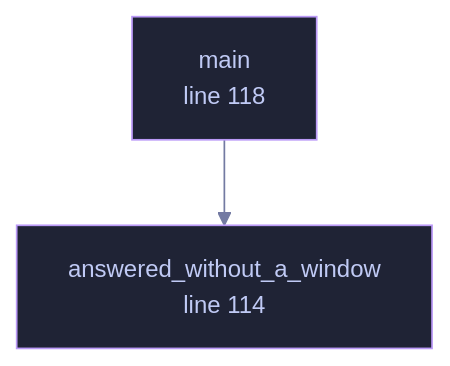
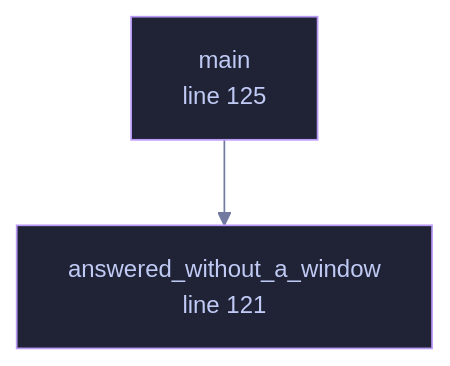
The diagram in wiki/File-veilvoice-gui-main.md (tilas01/veilvoice), drawn with Mermaid before and after one commit. The commit also changed other lines of this file and 36 other files, not shown here.

````diff
--- a/wiki/File-veilvoice-gui-main.md
+++ b/wiki/File-veilvoice-gui-main.md
@@ -74,13 +74,13 @@
 ```mermaid
 %%{init: {"theme":"base","themeVariables":{"background":"#1a1b26","primaryColor":"#1f2335","primaryTextColor":"#c0caf5","primaryBorderColor":"#7aa2f7","secondaryColor":"#16161e","tertiaryColor":"#16161e","lineColor":"#737aa2","textColor":"#c0caf5","mainBkg":"#1f2335","nodeBorder":"#7aa2f7","clusterBkg":"#16161e","clusterBorder":"#2f3549","fontFamily":"ui-monospace, SFMono-Regular, Consolas, monospace","fontSize":"14px"}}}%%
 flowchart TD
-    n_answered_without_a_window["answered_without_a_window<br/>line 99"]
-    n_answered_without_a_window["answered_without_a_window<br/>line 114"]
-    n_main["main<br/>line 118"]
+    n_answered_without_a_window["answered_without_a_window<br/>line 106"]
+    n_answered_without_a_window["answered_without_a_window<br/>line 121"]
+    n_main["main<br/>line 125"]
     n_main --> n_answered_without_a_window
-    click n_answered_without_a_window href "https://github.com/tilas01/veilvoice/blob/main/crates/veilvoice-gui/src/main.rs#L99" "open the source"
-    click n_answered_without_a_window href "https://github.com/tilas01/veilvoice/blob/main/crates/veilvoice-gui/src/main.rs#L114" "open the source"
-    click n_main href "https://github.com/tilas01/veilvoice/blob/main/crates/veilvoice-gui/src/main.rs#L118" "open the source"
+    click n_answered_without_a_window href "https://github.com/tilas01/veilvoice/blob/main/crates/veilvoice-gui/src/main.rs#L106" "open the source"
+    click n_answered_without_a_window href "https://github.com/tilas01/veilvoice/blob/main/crates/veilvoice-gui/src/main.rs#L121" "open the source"
+    click n_main href "https://github.com/tilas01/veilvoice/blob/main/crates/veilvoice-gui/src/main.rs#L125" "open the source"
     classDef helper fill:#1f2335,stroke:#bb9af7,color:#c0caf5
     class n_answered_without_a_window,n_answered_without_a_window,n_main helper
 ```
````
